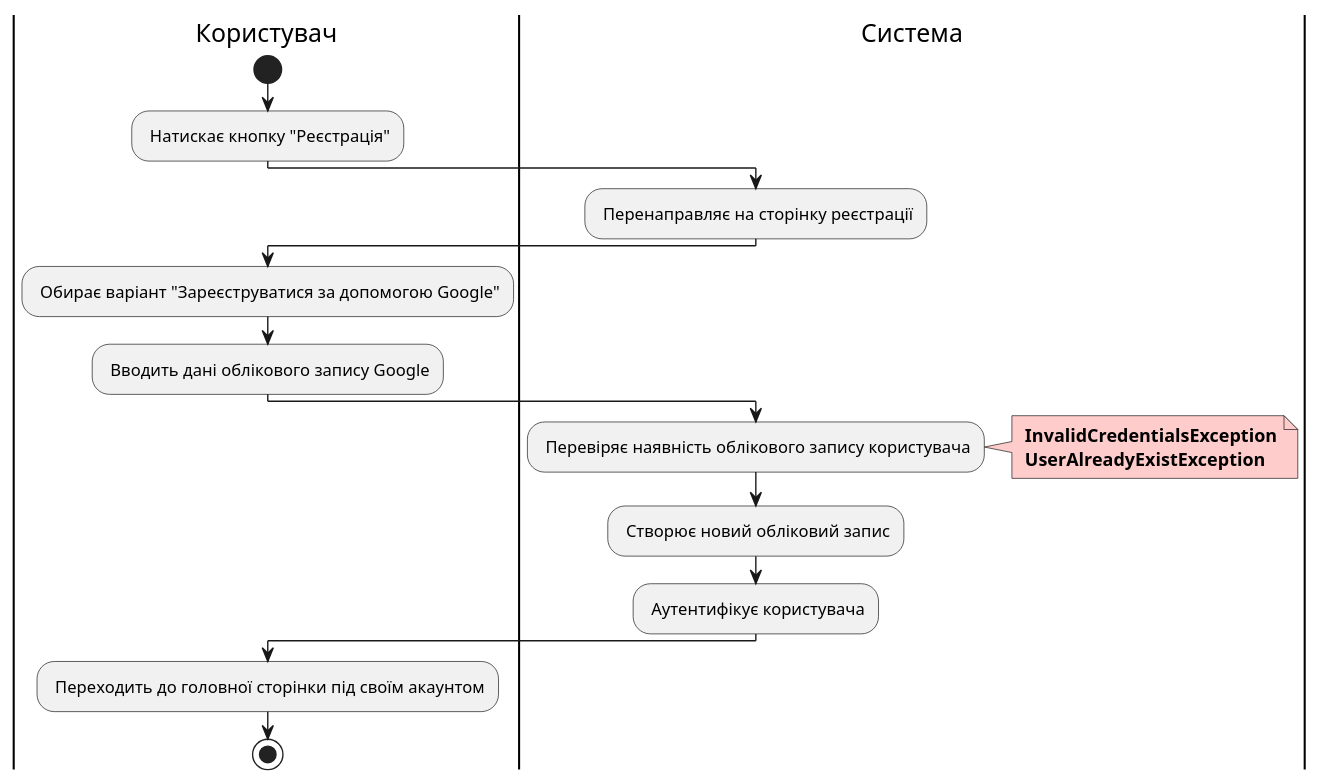
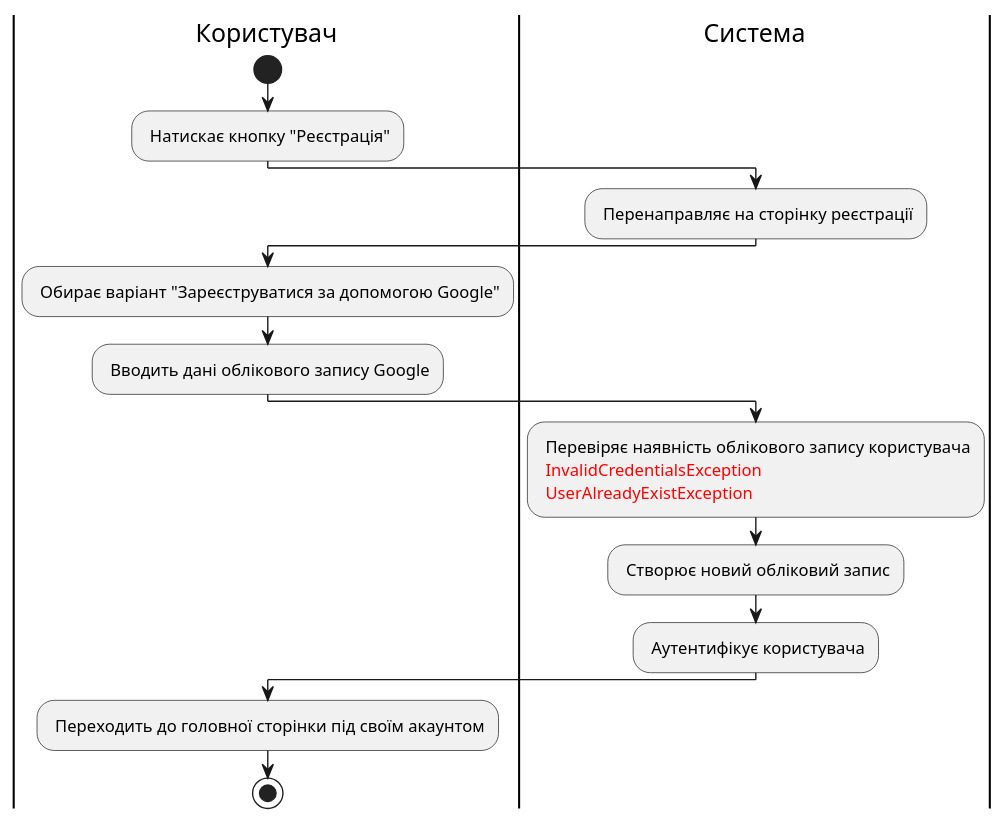
One commit to makssvelichko/edu_db_labs changed the sixth of 20 diagrams in docs/use cases/README.md. Above: the diagram before and after it, drawn with PlantUML. The commit also changed other lines of this file, not shown here.

```diff
--- a/docs/use cases/README.md
+++ b/docs/use cases/README.md
@@ -210,28 +206,26 @@
 @startuml
 
     |Користувач|
     start;
     : Натискає кнопку "Реєстрація";
 
      |Система|
         : Перенаправляє на сторінку реєстрації;
 
     |Користувач|
     : Обирає варіант "Зареєструватися за допомогою Google";
     : Вводить дані облікового запису Google;
 
     |Система|
-    : Перевіряє наявність облікового запису користувача;
-    note right #FFCCCC
-    <b> InvalidCredentialsException
-    <b> UserAlreadyExistException
-    end note
+    : Перевіряє наявність облікового запису користувача
+    <font color="red"> InvalidCredentialsException</font>
+    <font color="red"> UserAlreadyExistException</font>;
 
     : Створює новий обліковий запис;
     : Аутентифікує користувача;
 
     |Користувач|
     : Переходить до головної сторінки під своїм акаунтом;
     stop;
 
 @enduml
```
